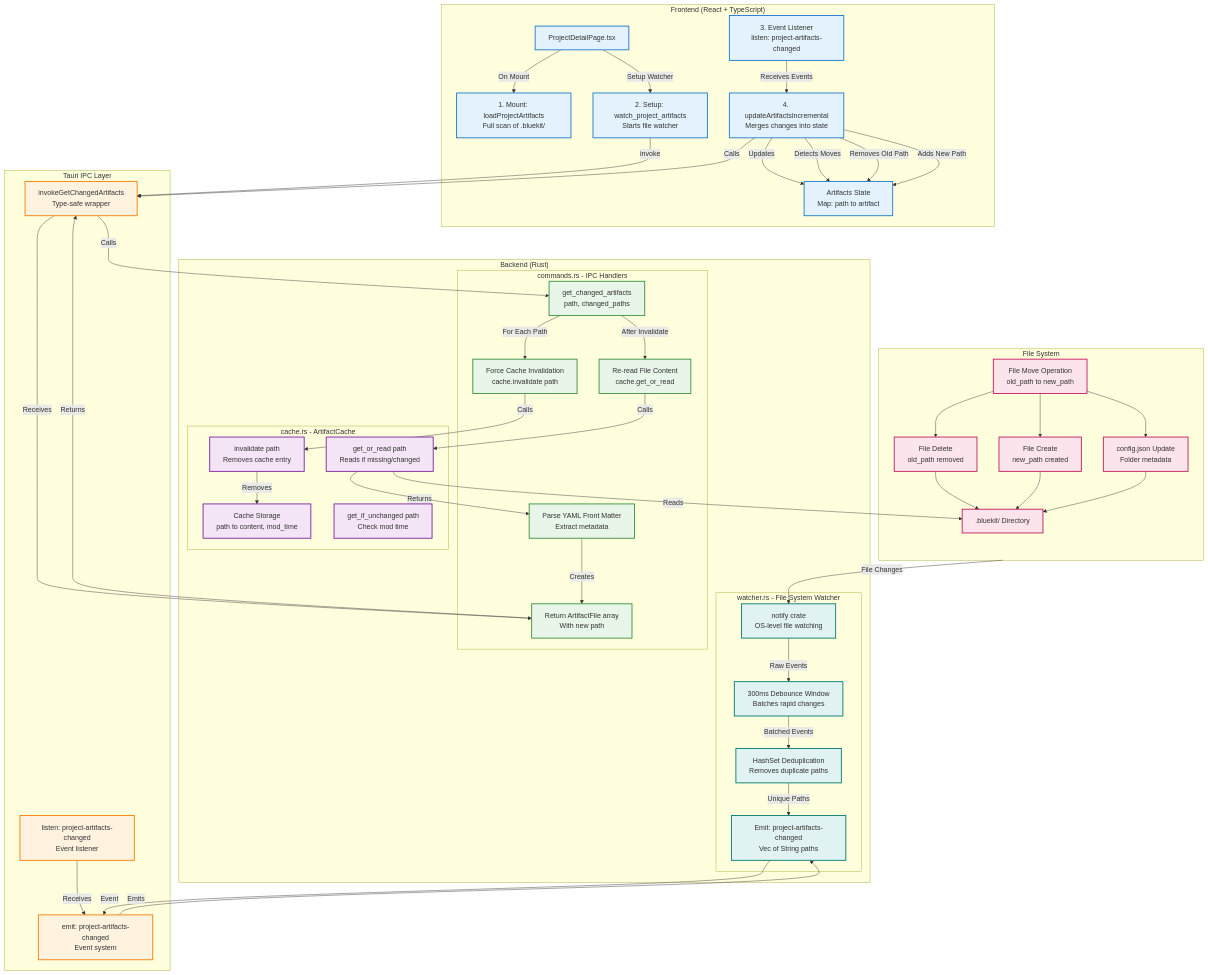
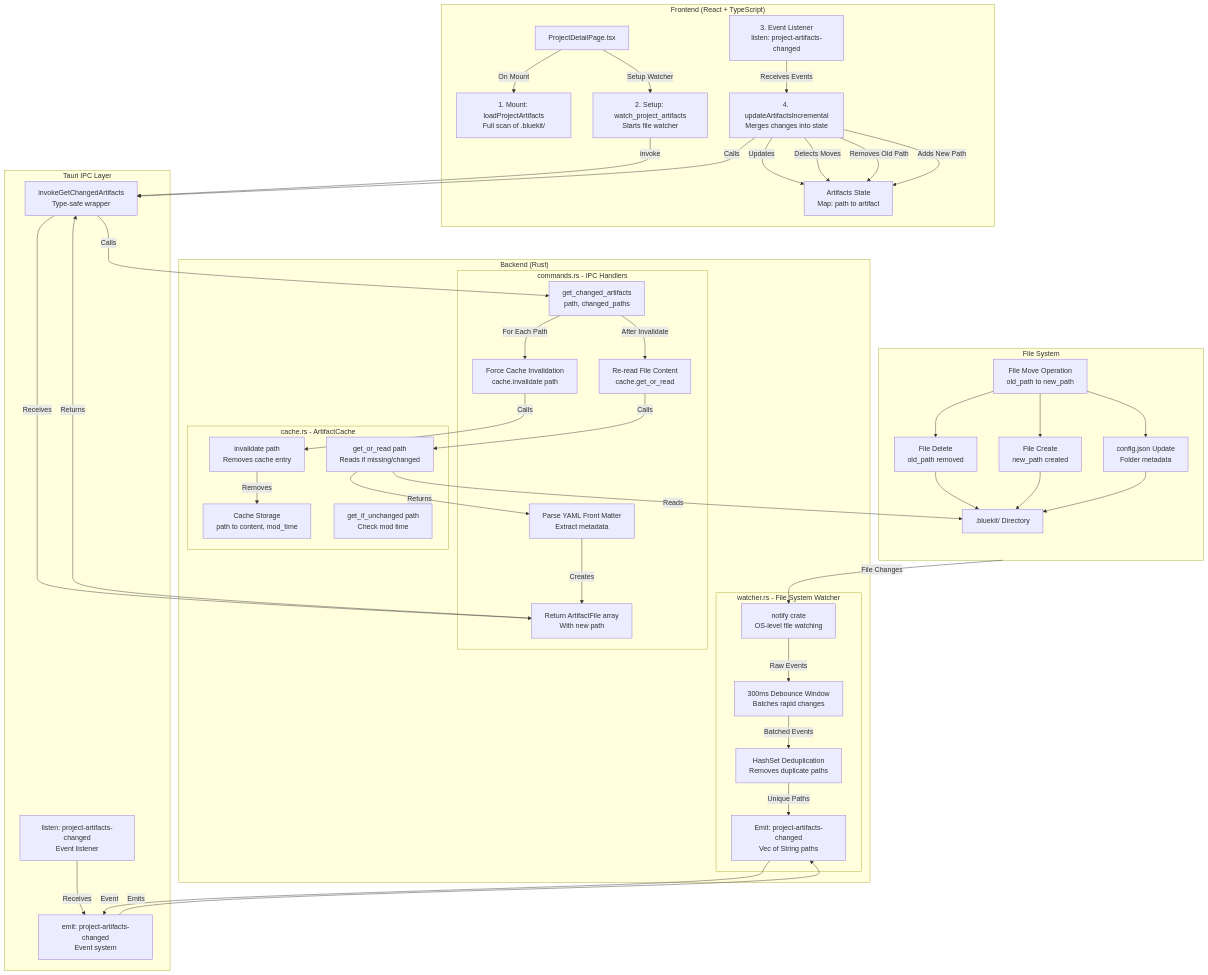
Before and after one commit to stephan-chiorean/blueKit: the diagram in .bluekit/diagrams/incremental-update-system-architecture.mmd, drawn with Mermaid. The commit also changed other lines of this file and 13 other files, not shown here.

First line of the commit message:
Refactor diagram color system: use array-based sequential color assignment

```diff
--- a/.bluekit/diagrams/incremental-update-system-architecture.mmd
+++ b/.bluekit/diagrams/incremental-update-system-architecture.mmd
@@ -103,14 +110,6 @@
     IncrementalUpdate -->|Removes Old Path| State
     IncrementalUpdate -->|Adds New Path| State
     
-    %% Styling
-    classDef frontend fill:#e3f2fd,stroke:#1976d2,stroke-width:2px
-    classDef ipc fill:#fff3e0,stroke:#f57c00,stroke-width:2px
-    classDef watcher fill:#e0f2f1,stroke:#00796b,stroke-width:2px
-    classDef commands fill:#e8f5e9,stroke:#388e3c,stroke-width:2px
-    classDef cache fill:#f3e5f5,stroke:#7b1fa2,stroke-width:2px
-    classDef filesystem fill:#fce4ec,stroke:#c2185b,stroke-width:2px
-    
     class ProjectPage,Mount,WatchSetup,EventListener,IncrementalUpdate,State frontend
     class InvokeGetChanged,EventEmit,EventListen ipc
     class NotifyCrate,Debounce,Dedupe,EmitEvent watcher
```
